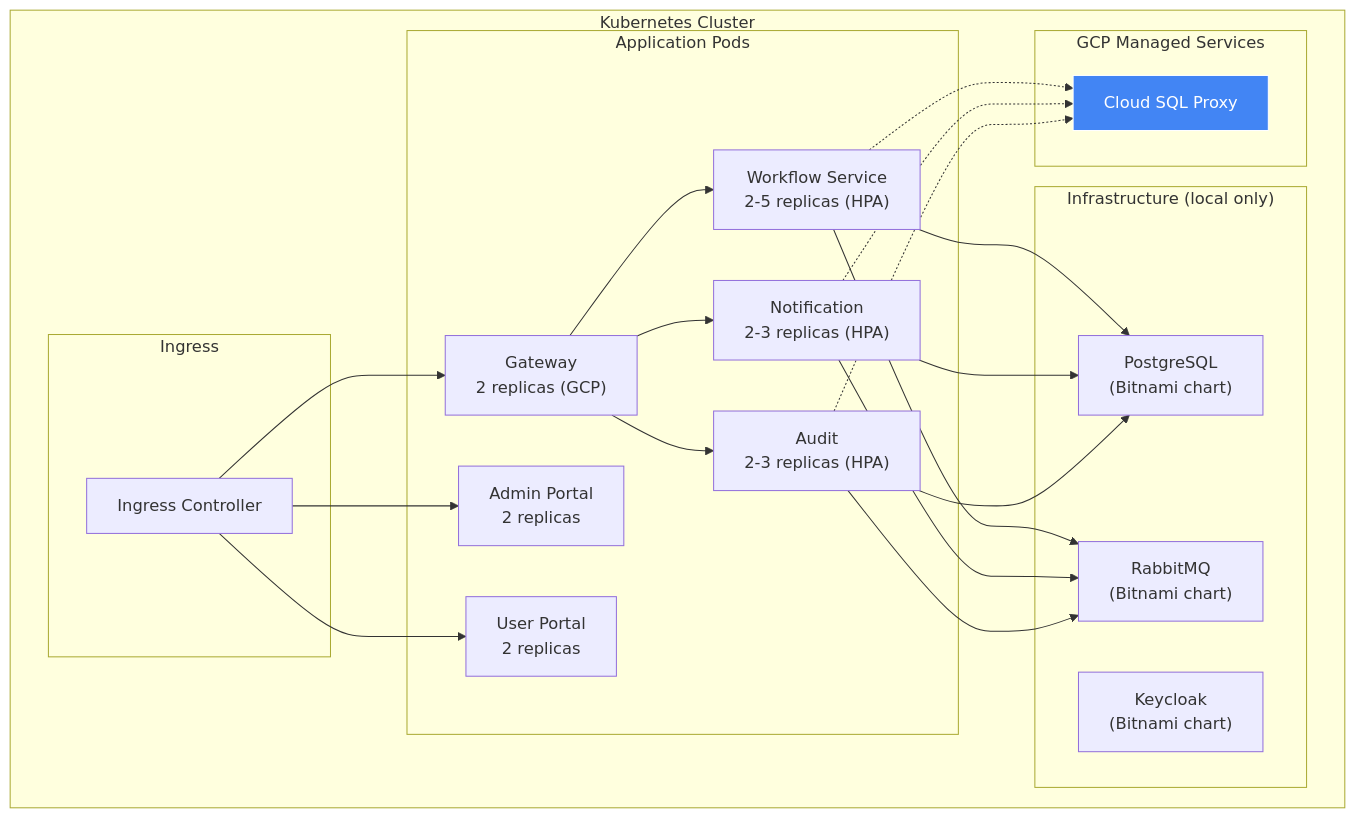
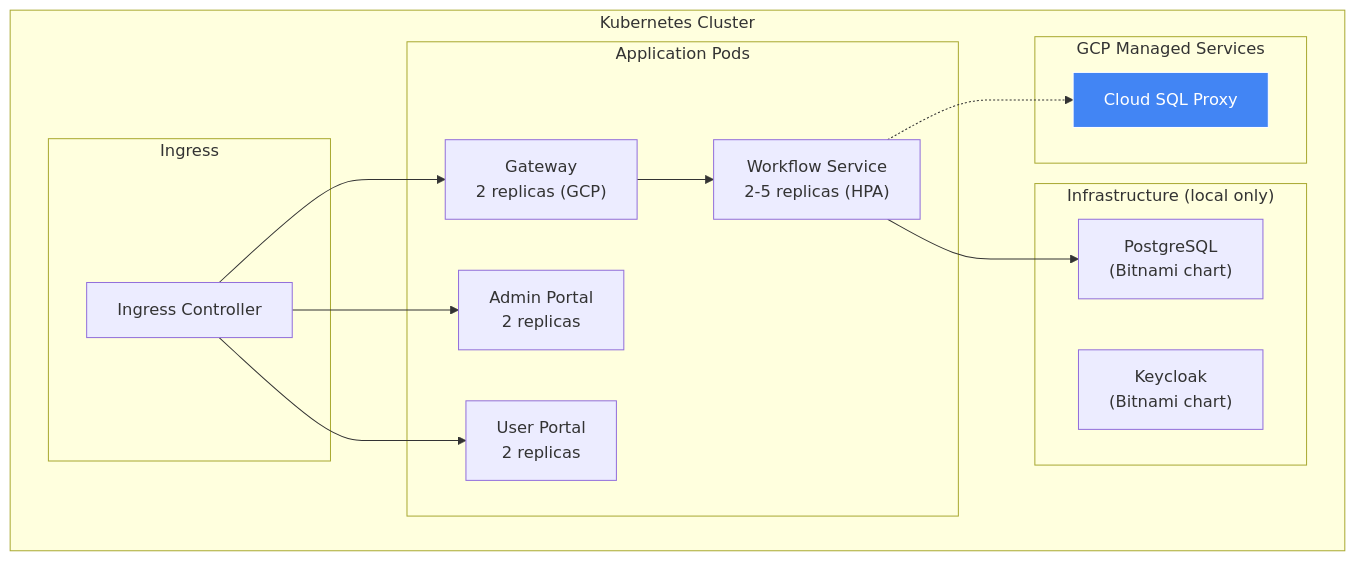
One commit to mszalus/workflow-platform changed the sixth of 6 diagrams in docs/architecture/c4-deployment.md. Above: the diagram before and after it, drawn with Mermaid. The commit also changed other lines of this file and 101 other files, not shown here.

First line of the commit message:
feat(workflow): fold audit-service into workflow-service and remove RabbitMQ

````diff
--- a/docs/architecture/c4-deployment.md
+++ b/docs/architecture/c4-deployment.md
@@ -162,37 +147,33 @@
 ```mermaid
 flowchart TD
     subgraph "Kubernetes Cluster"
         subgraph "Ingress"
             ING["Ingress Controller"]
         end
 
         subgraph "Application Pods"
             GW["Gateway<br/>2 replicas (GCP)"]
             WF["Workflow Service<br/>2-5 replicas (HPA)"]
-            NS["Notification<br/>2-3 replicas (HPA)"]
-            AS["Audit<br/>2-3 replicas (HPA)"]
             AP["Admin Portal<br/>2 replicas"]
             UP["User Portal<br/>2 replicas"]
         end
 
         subgraph "Infrastructure (local only)"
             PG["PostgreSQL<br/>(Bitnami chart)"]
-            RMQ["RabbitMQ<br/>(Bitnami chart)"]
             KC["Keycloak<br/>(Bitnami chart)"]
         end
 
         subgraph "GCP Managed Services"
             CSQL["Cloud SQL Proxy"]
         end
     end
 
     ING --> GW
     ING --> AP
     ING --> UP
-    GW --> WF & NS & AS
-    WF & NS & AS --> PG
-    WF & NS & AS --> RMQ
-    WF & NS & AS -.-> CSQL
+    GW --> WF
+    WF --> PG
+    WF -.-> CSQL
 
     style CSQL fill:#4285f4,stroke:#fff,color:#fff
 ```
````
